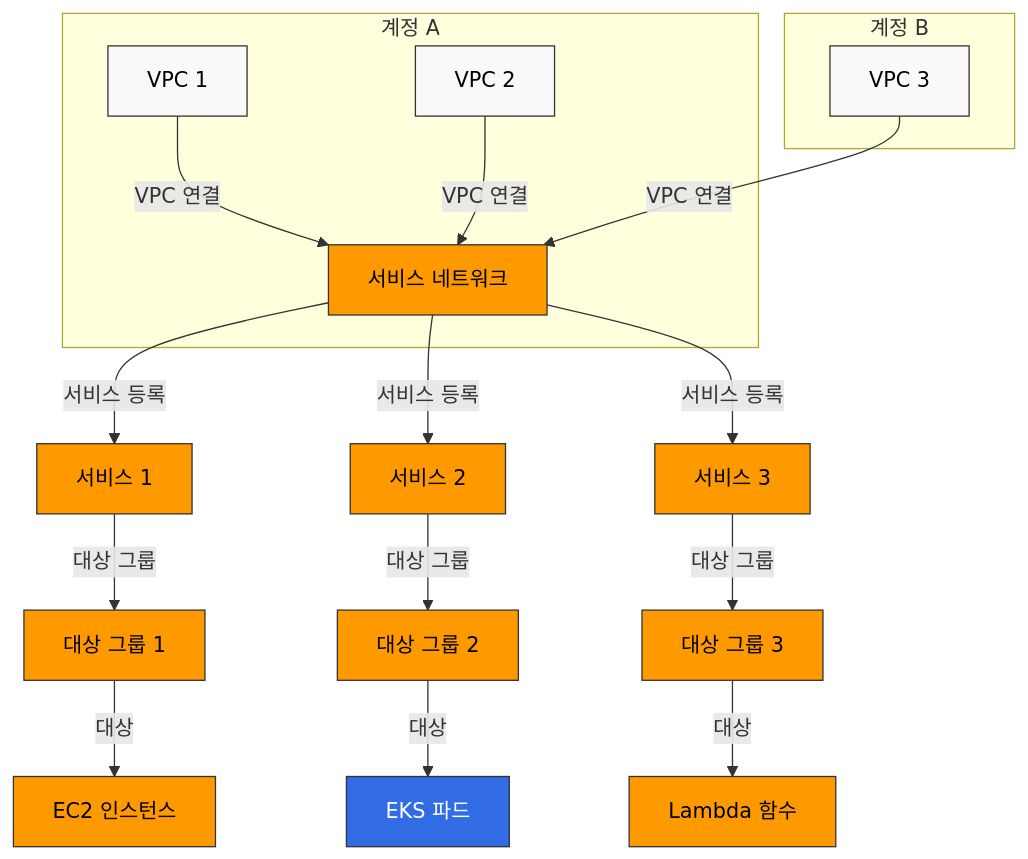
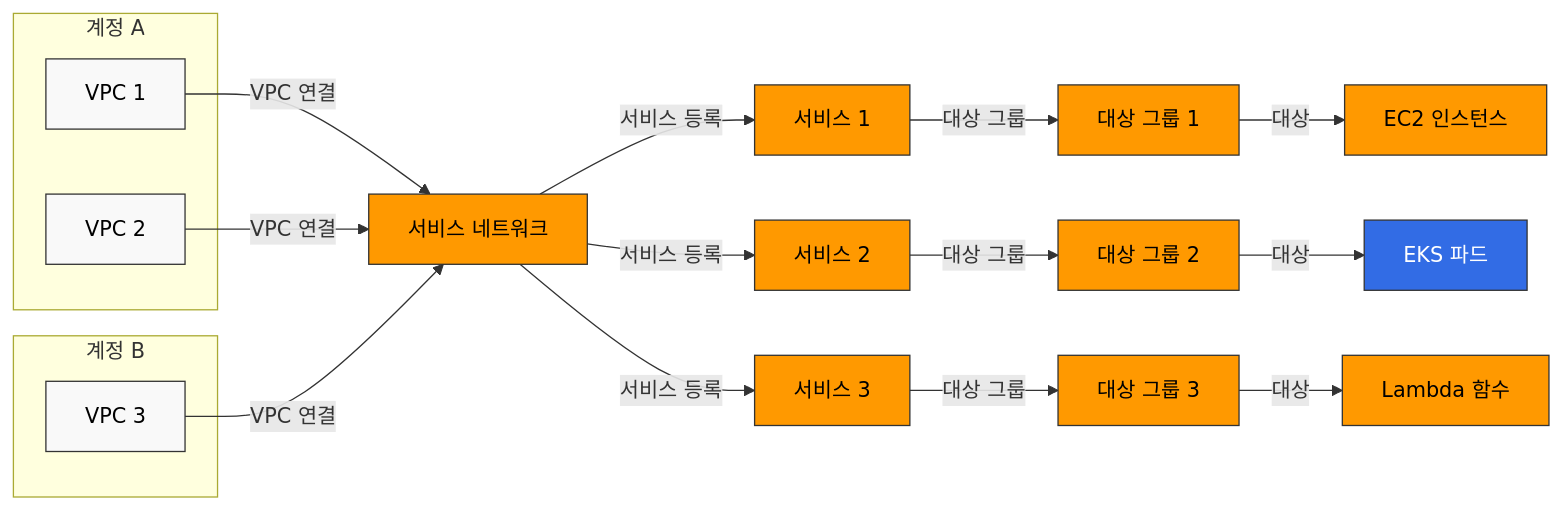
One commit to Atom-oh/kubernetes-docs changed the second of 4 diagrams in tools/09-vpc-lattice.md. Above: the diagram before and after it, drawn with Mermaid. The commit also changed other lines of this file and 73 other files, not shown here.

Commit message:
add diagrams

````diff
--- a/tools/09-vpc-lattice.md
+++ b/tools/09-vpc-lattice.md
@@ -132,36 +132,39 @@
 ```mermaid
-graph TD
-    subgraph "계정 A"
-        A[VPC 1] -->|VPC 연결| SN[서비스 네트워크]
-        B[VPC 2] -->|VPC 연결| SN
+flowchart LR
+    subgraph AccountA["계정 A"]
+        A[VPC 1]
+        B[VPC 2]
     end
-    
-    subgraph "계정 B"
-        C[VPC 3] -->|VPC 연결| SN
+
+    subgraph AccountB["계정 B"]
+        C[VPC 3]
     end
-    
+
+    A -->|VPC 연결| SN[서비스 네트워크]
+    B -->|VPC 연결| SN
+    C -->|VPC 연결| SN
+
     SN -->|서비스 등록| S1[서비스 1]
     SN -->|서비스 등록| S2[서비스 2]
     SN -->|서비스 등록| S3[서비스 3]
-    
+
     S1 -->|대상 그룹| TG1[대상 그룹 1]
     S2 -->|대상 그룹| TG2[대상 그룹 2]
     S3 -->|대상 그룹| TG3[대상 그룹 3]
-    
+
     TG1 -->|대상| T1[EC2 인스턴스]
     TG2 -->|대상| T2[EKS 파드]
     TG3 -->|대상| T3[Lambda 함수]
-    
+
     %% 스타일 정의
     classDef awsService fill:#FF9900,stroke:#333,stroke-width:1px,color:black;
     classDef k8sComponent fill:#326CE5,stroke:#333,stroke-width:1px,color:white;
     classDef userApp fill:#00C7B7,stroke:#333,stroke-width:1px,color:white;
     classDef dataStore fill:#3B48CC,stroke:#333,stroke-width:1px,color:white;
     classDef default fill:#f9f9f9,stroke:#333,stroke-width:1px,color:black;
-    
+
     %% 클래스 적용
     class A,B,C default;
-    class SN,S1,S2,S3,TG1,TG2,TG3 awsService;
-    class T1,T3 awsService;
+    class SN,S1,S2,S3,TG1,TG2,TG3,T1,T3 awsService;
     class T2 k8sComponent;
 ```
````
